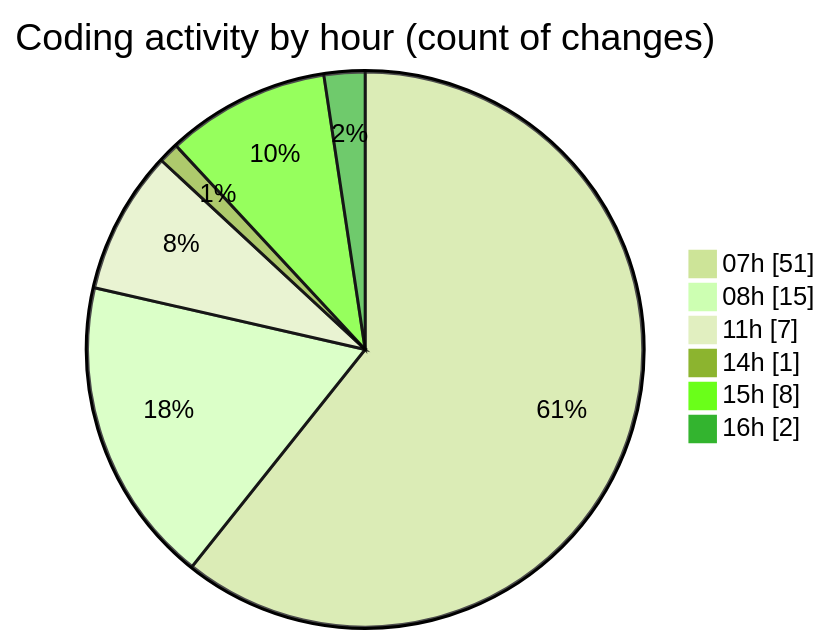
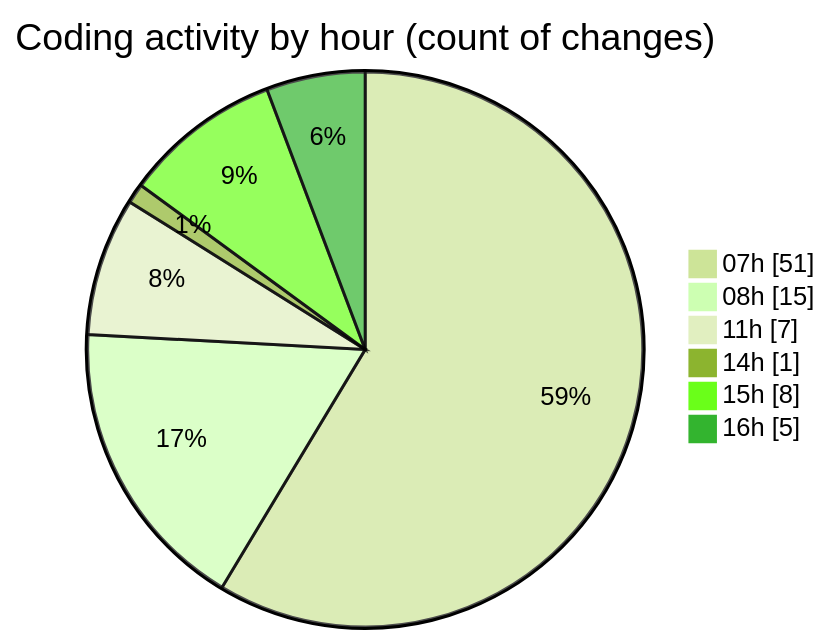
The second of 2 diagrams in 2025-01-17/mbc-web/README.md (robertbonfada/code-tracking), drawn with Mermaid (forest theme) before and after one commit. The commit also changed other lines of this file and 1 other file, not shown here.

````diff
--- a/2025-01-17/mbc-web/README.md
+++ b/2025-01-17/mbc-web/README.md
@@ -46,10 +46,10 @@
 ```mermaid
 pie showData
 title Coding activity by hour (count of changes)
 "07h" : 51
 "08h" : 15
 "11h" : 7
 "14h" : 1
 "15h" : 8
-"16h" : 2
+"16h" : 5
 ```
````
